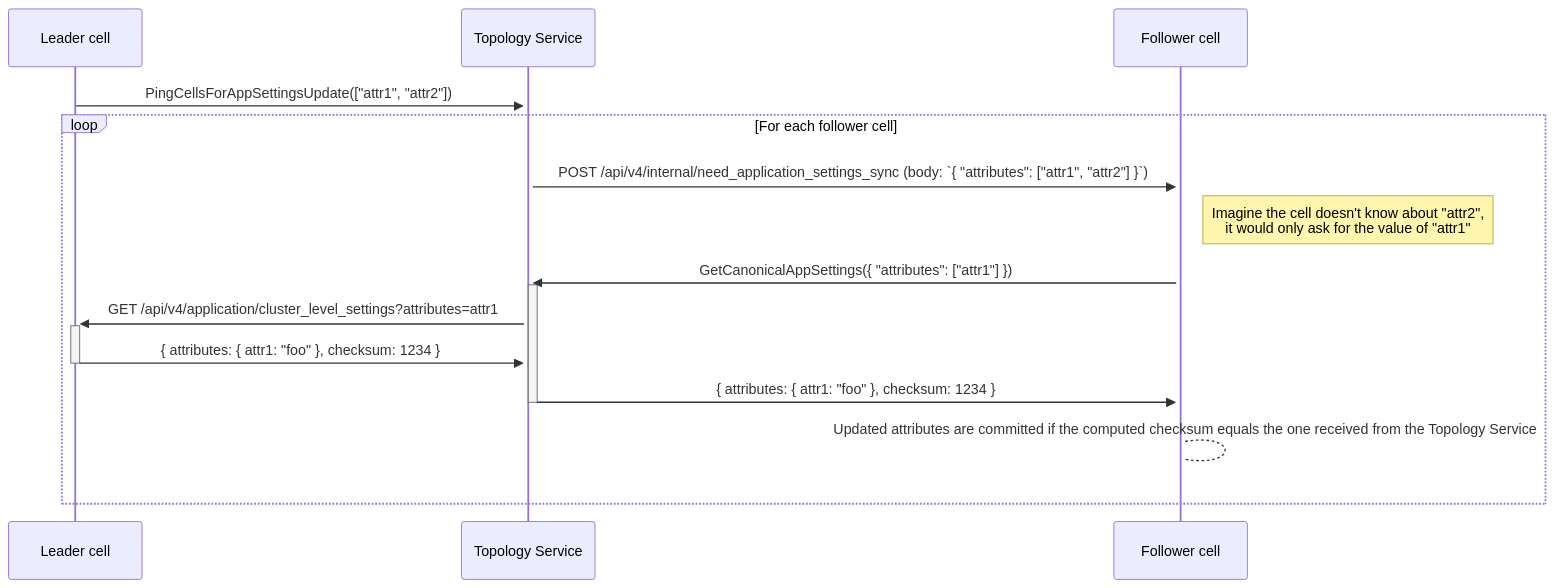
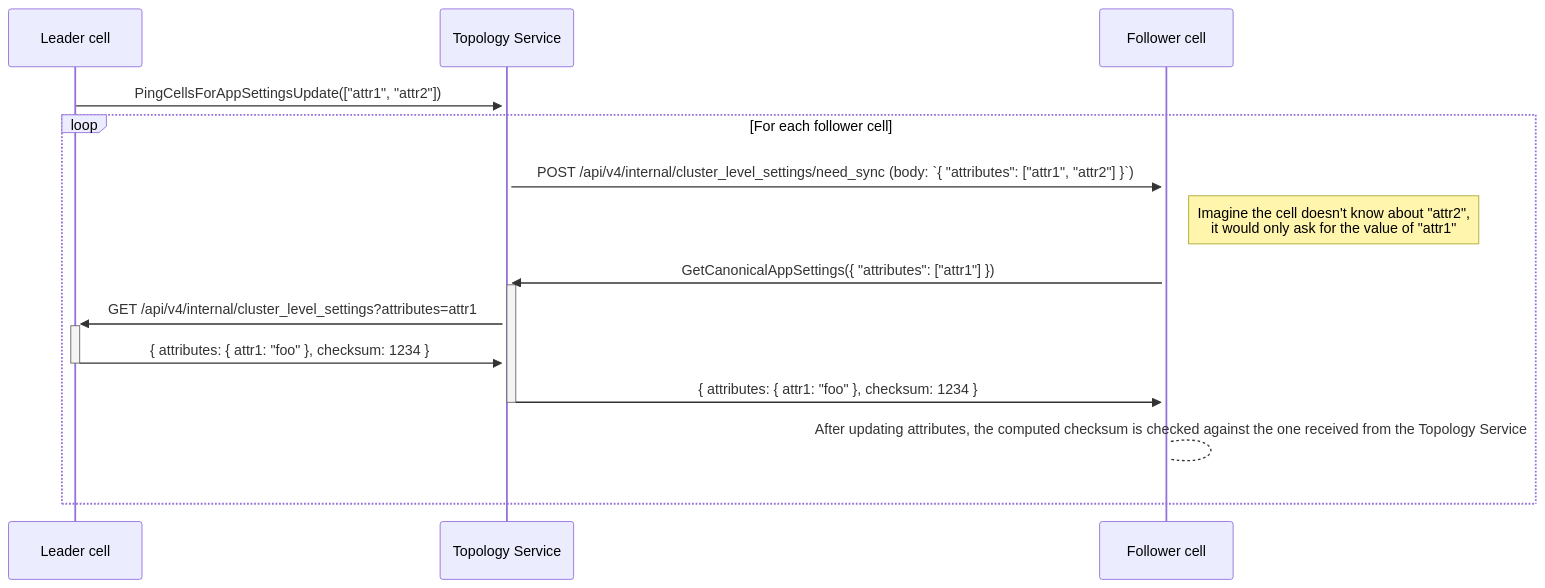
The second of 2 diagrams in content/handbook/engineering/architecture/design-documents/cells/impacted_features/admin-area.md (moliver28/research-handbook), drawn with Mermaid before and after one commit. The commit also changed other lines of this file, not shown here.

Commit message:
Update API endpoints

````diff
--- a/content/handbook/engineering/architecture/design-documents/cells/impacted_features/admin-area.md
+++ b/content/handbook/engineering/architecture/design-documents/cells/impacted_features/admin-area.md
@@ -229,13 +229,13 @@
 ```mermaid
 sequenceDiagram
     Leader cell->>+Topology Service: PingCellsForAppSettingsUpdate(["attr1", "attr2"])
     loop For each follower cell
-        Topology Service->>+Follower cell: POST /api/v4/internal/need_application_settings_sync (body: `{ "attributes": ["attr1", "attr2"] }`)
+        Topology Service->>+Follower cell: POST /api/v4/internal/cluster_level_settings/need_sync (body: `{ "attributes": ["attr1", "attr2"] }`)
         Note right of Follower cell: Imagine the cell doesn't know about "attr2",<br>it would only ask for the value of "attr1"
         Follower cell->>+Topology Service: GetCanonicalAppSettings({ "attributes": ["attr1"] })
-        Topology Service->>+Leader cell: GET /api/v4/application/cluster_level_settings?attributes=attr1
+        Topology Service->>+Leader cell: GET /api/v4/internal/cluster_level_settings?attributes=attr1
         Leader cell->>-Topology Service: { attributes: { attr1: "foo" }, checksum: 1234 }
         Topology Service->>-Follower cell: { attributes: { attr1: "foo" }, checksum: 1234 }
-        Follower cell-->Follower cell: Updated attributes are committed if the computed checksum equals the one received from the Topology Service
+        Follower cell-->Follower cell: After updating attributes, the computed checksum is checked against the one received from the Topology Service
     end
 ```
````
